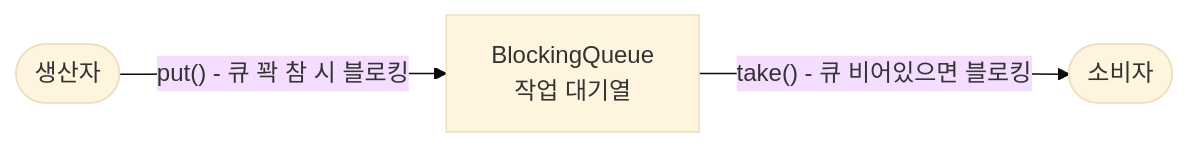
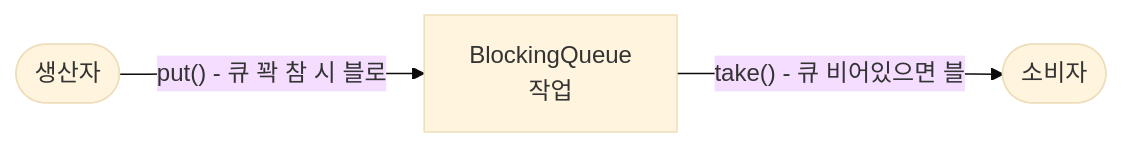
Diagram 13 of 17 in _posts/java/2026-05-01-java-thread.md (yjkim2015/yjkim2015.github.io), drawn with Mermaid (base theme) before and after one commit. The commit also changed other lines of this file and 271 other files, not shown here.

First line of the commit message:
Mermaid 라벨 축소: 긴 노드 텍스트 18자 이하로 트림 + \n 제거

````diff
--- a/_posts/java/2026-05-01-java-thread.md
+++ b/_posts/java/2026-05-01-java-thread.md
@@ -1207,5 +1207,5 @@
 ```mermaid
 graph LR
-  P([생산자]) -->|"put() - 큐 꽉 참 시 블로킹"| BQ["BlockingQueue\n작업 대기열"]
-  BQ -->|"take() - 큐 비어있으면 블로킹"| C([소비자])
+  P([생산자]) -->|"put() - 큐 꽉 참 시 블로"| BQ["BlockingQueue\n작업"]
+  BQ -->|"take() - 큐 비어있으면 블"| C([소비자])
 ```
````
